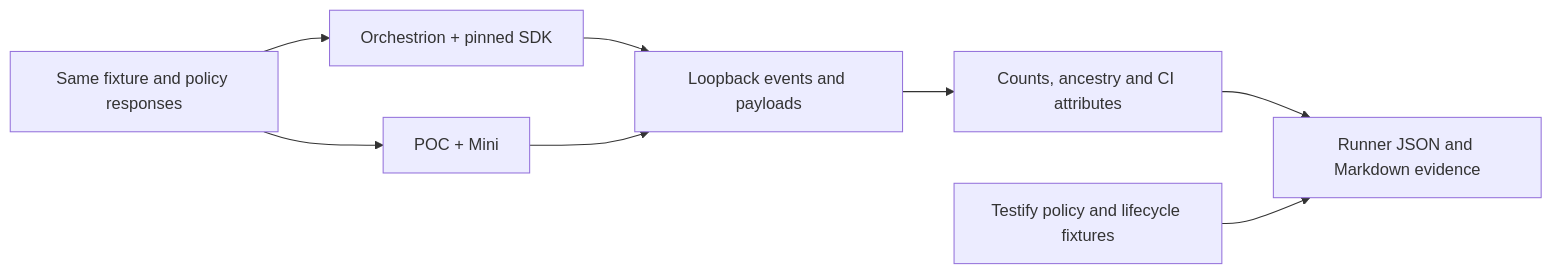
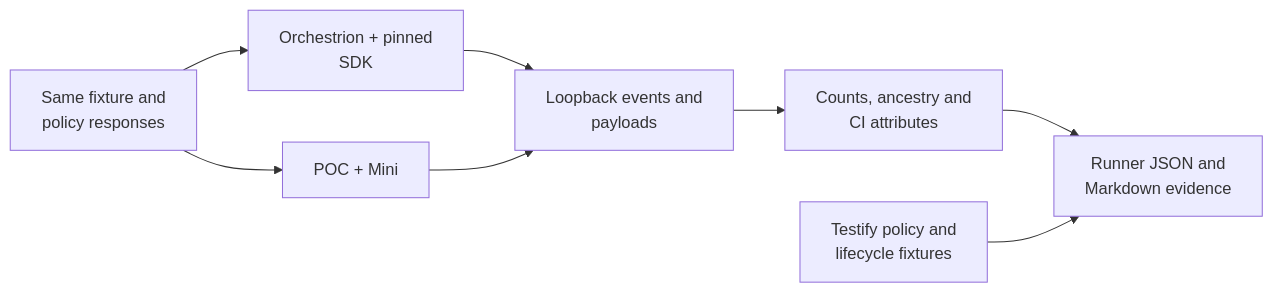
Before and after one commit to tonyredondo/dd-ci-testing-poc: the diagram in docs/ci-parity.md, drawn with Mermaid. The commit also changed 4 other files, not shown here.

Commit message:
Keep documentation diagram labels readable

````diff
--- a/docs/ci-parity.md
+++ b/docs/ci-parity.md
@@ -18,10 +18,10 @@
 ```mermaid
 flowchart LR
-    Fixture["Same fixture and policy responses"] --> SDK["Orchestrion + pinned SDK"]
+    Fixture["Same fixture and<br/>policy responses"] --> SDK["Orchestrion + pinned<br/>SDK"]
     Fixture --> Mini["POC + Mini"]
-    SDK --> Capture["Loopback events and payloads"]
+    SDK --> Capture["Loopback events and<br/>payloads"]
     Mini --> Capture
-    Capture --> Compare["Counts, ancestry and CI attributes"]
-    Compare --> Report["Runner JSON and Markdown evidence"]
-    Testify["Testify policy and lifecycle fixtures"] --> Report
+    Capture --> Compare["Counts, ancestry and<br/>CI attributes"]
+    Compare --> Report["Runner JSON and<br/>Markdown evidence"]
+    Testify["Testify policy and<br/>lifecycle fixtures"] --> Report
 ```
````
